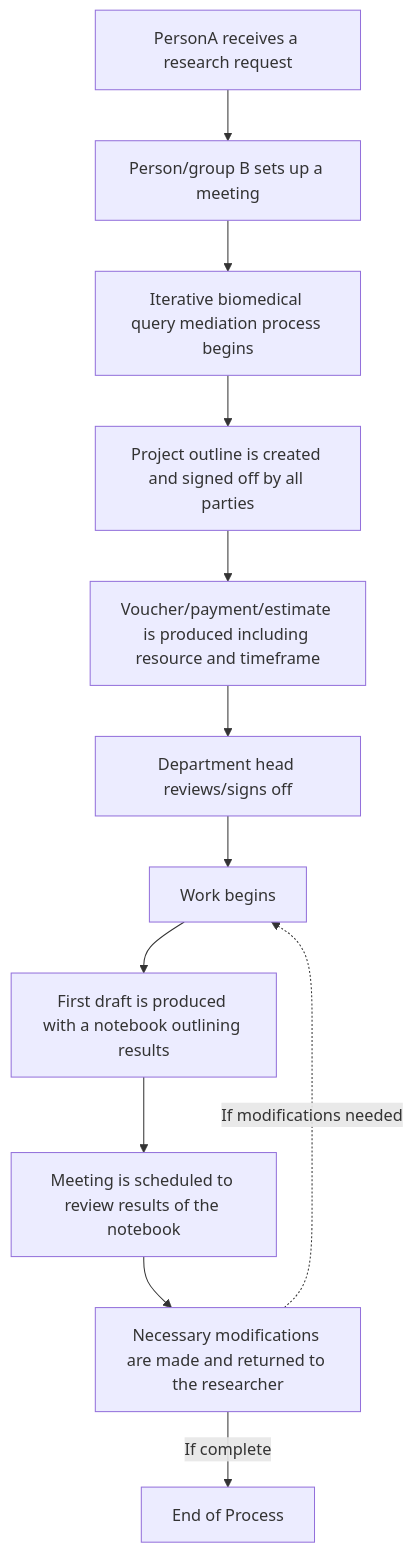
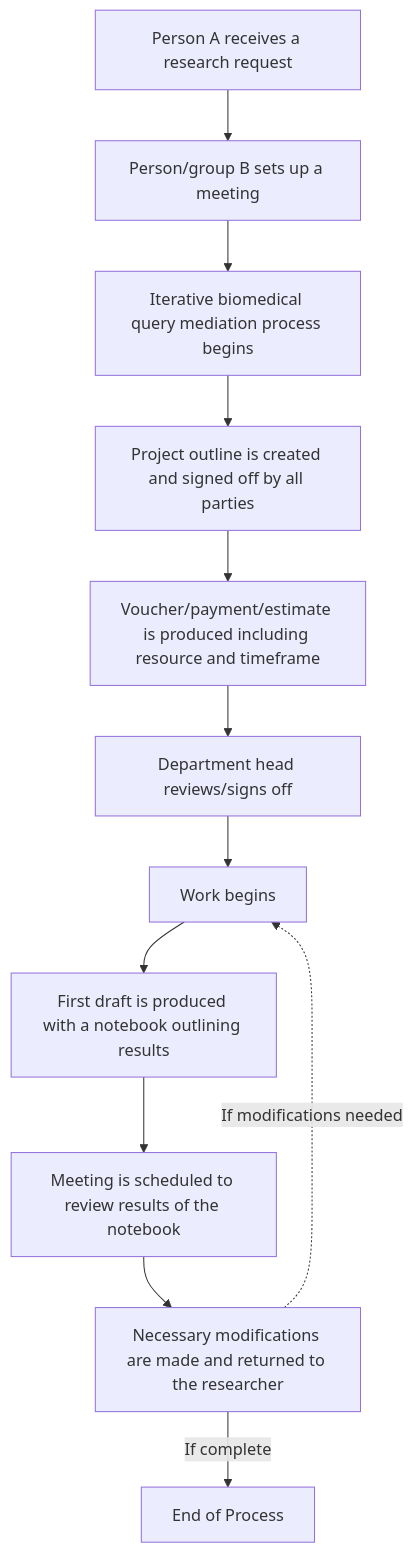
Before and after one commit to DBJHU/DBJHU.github.io: the second of 2 diagrams in README.md, drawn with Mermaid.

````diff
--- a/README.md
+++ b/README.md
@@ -172,26 +172,26 @@
 ```mermaid
 flowchart TD
-    A[PersonA receives a research request]
+    A[Person A receives a research request]
     B[Person/group B sets up a meeting]
     C[Iterative biomedical query mediation process begins]
     D[Project outline is created and signed off by all parties]
     E[Voucher/payment/estimate is produced including resource and timeframe]
     F[Department head reviews/signs off]
     G[Work begins]
     H[First draft is produced with a notebook outlining results]
     I[Meeting is scheduled to review results of the notebook]
     J[Necessary modifications are made and returned to the researcher]
     K[End of Process]
 
     A --> B
     B --> C
     C --> D
     D --> E
     E --> F
     F --> G
     G --> H
     H --> I
     I --> J
     J -.->|If modifications needed| G
     J -->|If complete| K
 ```
````
